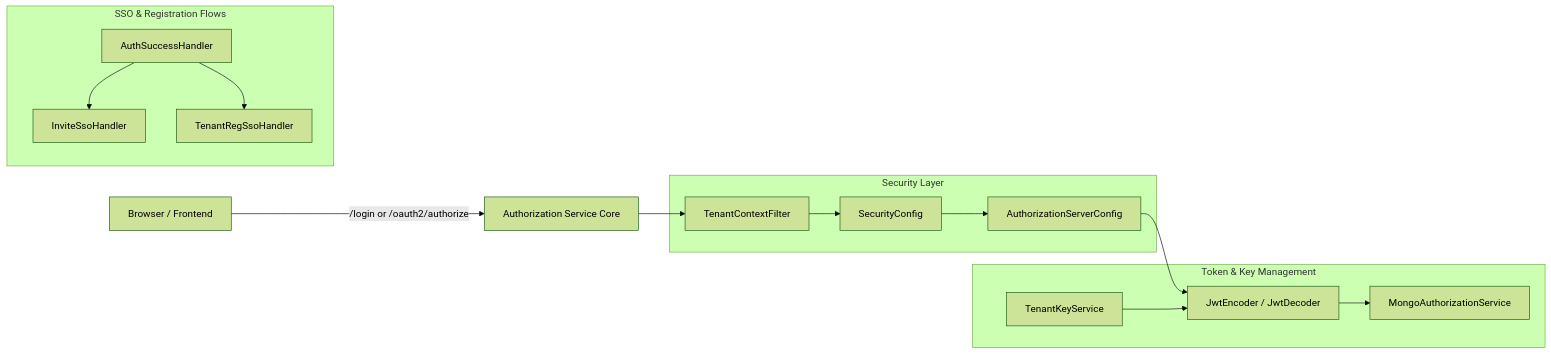
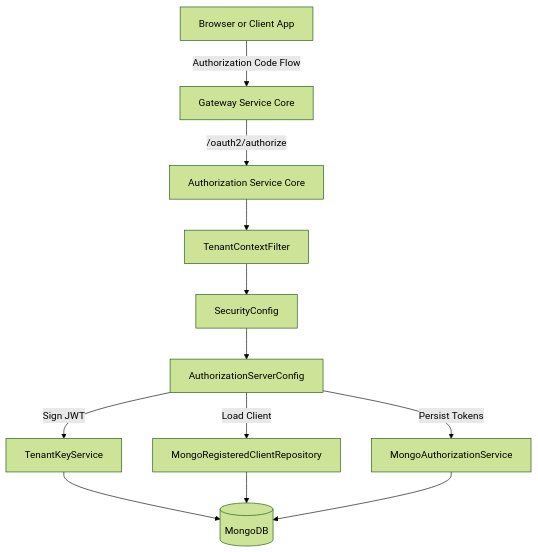
Before and after one commit to Praesto-Pro/openframe-oss-tenant: the first of 8 diagrams in docs/architecture/authorization-service-core/authorization-service-core.md, drawn with Mermaid (forest theme). The commit also changed other lines of this file and 149 other files, not shown here.

````diff
--- a/docs/architecture/authorization-service-core/authorization-service-core.md
+++ b/docs/architecture/authorization-service-core/authorization-service-core.md
@@ -29,31 +23,17 @@
 ```mermaid
-flowchart LR
-    Browser["Browser / Frontend"] -->|"/login or /oauth2/authorize"| AuthServer["Authorization Service Core"]
+flowchart TD
+    Browser["Browser or Client App"] -->|"Authorization Code Flow"| Gateway["Gateway Service Core"]
+    Gateway -->|"/oauth2/authorize"| Authz["Authorization Service Core"]
 
-    subgraph security_layer["Security Layer"]
-        TenantFilter["TenantContextFilter"]
-        SecurityConfigNode["SecurityConfig"]
-        AuthServerConfigNode["AuthorizationServerConfig"]
-    end
+    Authz --> TenantFilter["TenantContextFilter"]
+    TenantFilter --> Security["SecurityConfig"]
+    Security --> AuthServer["AuthorizationServerConfig"]
 
-    subgraph sso_layer["SSO & Registration Flows"]
-        InviteHandler["InviteSsoHandler"]
-        TenantRegHandler["TenantRegSsoHandler"]
-        AuthSuccess["AuthSuccessHandler"]
-    end
+    AuthServer -->|"Load Client"| ClientRepo["MongoRegisteredClientRepository"]
+    AuthServer -->|"Persist Tokens"| AuthService["MongoAuthorizationService"]
+    AuthServer -->|"Sign JWT"| KeyService["TenantKeyService"]
 
-    subgraph token_layer["Token & Key Management"]
-        JwkSource["TenantKeyService"]
-        JwtEncoderNode["JwtEncoder / JwtDecoder"]
-        MongoAuthService["MongoAuthorizationService"]
-    end
-
-    AuthServer --> TenantFilter
-    TenantFilter --> SecurityConfigNode
-    SecurityConfigNode --> AuthServerConfigNode
-    AuthServerConfigNode --> JwtEncoderNode
-    JwtEncoderNode --> MongoAuthService
-    JwkSource --> JwtEncoderNode
-    AuthSuccess --> InviteHandler
-    AuthSuccess --> TenantRegHandler
+    KeyService --> Mongo[("MongoDB")]
+    ClientRepo --> Mongo
+    AuthService --> Mongo
 ```
````
